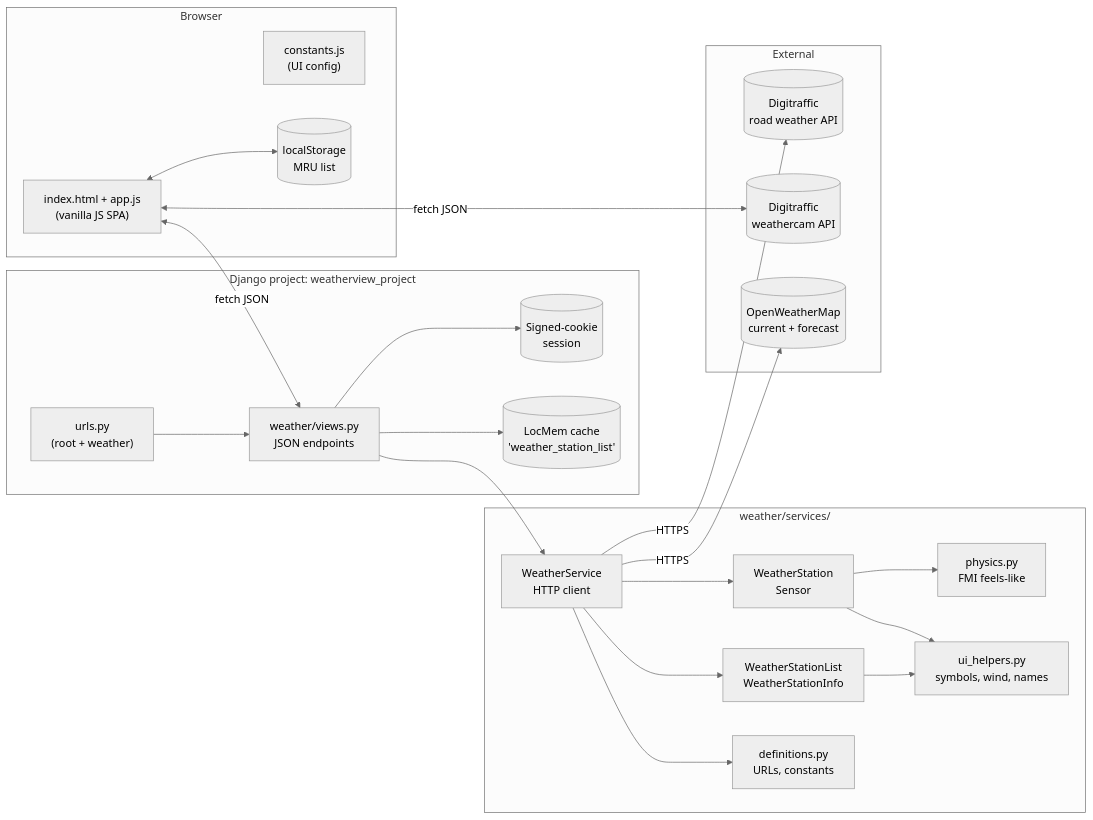
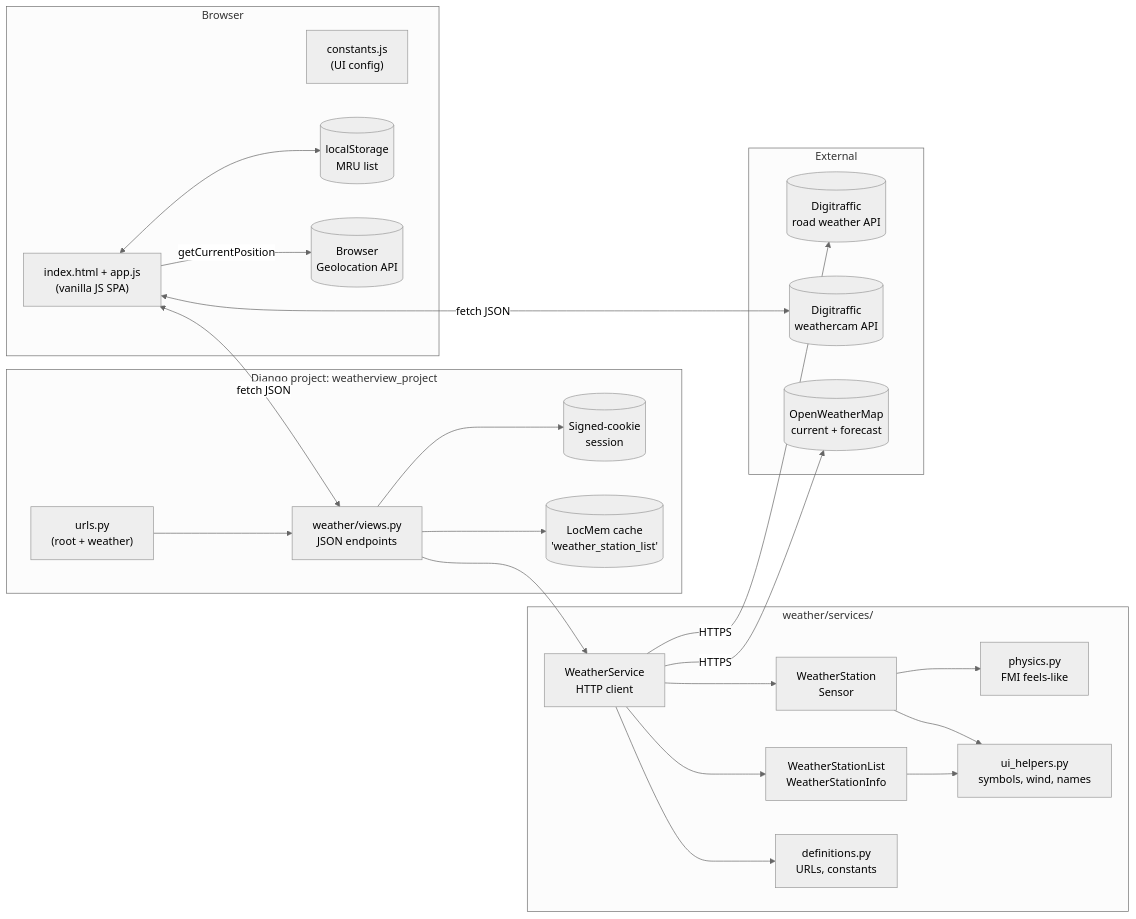
Before and after one commit to jjankkil/weatherview-django: the first of 10 diagrams in docs/ARCHITECTURE.md, drawn with Mermaid (neutral theme). The commit also changed other lines of this file and 6 other files, not shown here.

Commit message:
Add usage of browser geolocation api

````diff
--- a/docs/ARCHITECTURE.md
+++ b/docs/ARCHITECTURE.md
@@ -20,46 +20,48 @@
 ```mermaid
 flowchart LR
     subgraph Browser
         UI["index.html + app.js<br/>(vanilla JS SPA)"]
         CONST["constants.js<br/>(UI config)"]
         LS[("localStorage<br/>MRU list")]
+        GEO[("Browser<br/>Geolocation API")]
     end
 
     subgraph Django["Django project: weatherview_project"]
         URLS["urls.py<br/>(root + weather)"]
         VIEWS["weather/views.py<br/>JSON endpoints"]
         SESSION[("Signed-cookie<br/>session")]
         CACHE[("LocMem cache<br/>'weather_station_list'")]
     end
 
     subgraph Services["weather/services/"]
         WS["WeatherService<br/>HTTP client"]
         SL["WeatherStationList<br/>WeatherStationInfo"]
         WST["WeatherStation<br/>Sensor"]
         PHY["physics.py<br/>FMI feels-like"]
         UIH["ui_helpers.py<br/>symbols, wind, names"]
         DEF["definitions.py<br/>URLs, constants"]
     end
 
     subgraph External
         DT[("Digitraffic<br/>road weather API")]
         DTCam[("Digitraffic<br/>weathercam API")]
         OWM[("OpenWeatherMap<br/>current + forecast")]
     end
 
     UI <-->|fetch JSON| VIEWS
     UI <-->|fetch JSON| DTCam
     UI <--> LS
+    UI -->|getCurrentPosition| GEO
     URLS --> VIEWS
     VIEWS --> SESSION
     VIEWS --> CACHE
     VIEWS --> WS
     WS --> SL
     WS --> WST
     WST --> PHY
     WST --> UIH
     SL --> UIH
     WS --> DEF
     WS -->|HTTPS| DT
     WS -->|HTTPS| OWM
 ```
````
